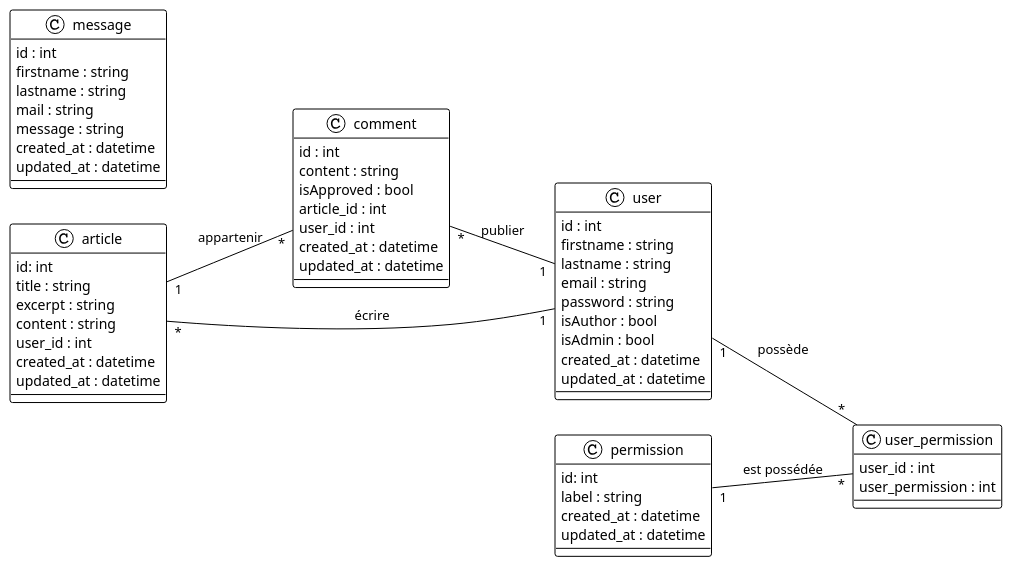
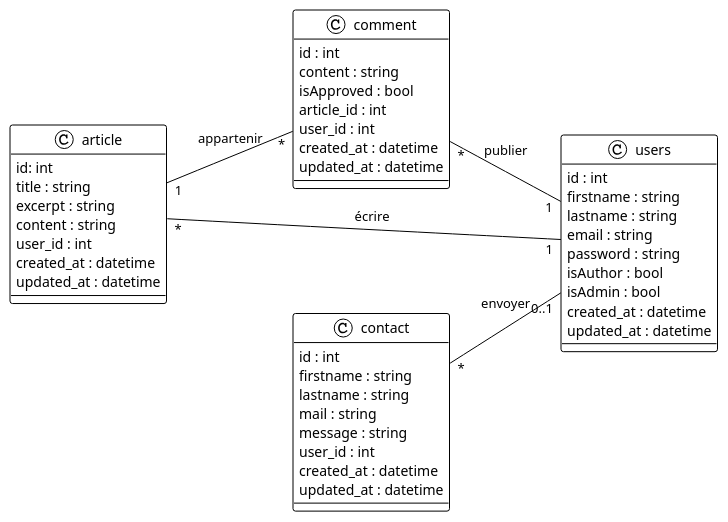
The diagram in docs/DataModel/data-model.puml (davy-beauzil/p5-blog-php), drawn with PlantUML before and after one commit. The commit also changed 1 other file, not shown here.

```diff
--- a/docs/DataModel/data-model.puml
+++ b/docs/DataModel/data-model.puml
@@ -1,66 +1,54 @@
 @startuml
 
 !theme plain
 left to right direction
 
 class article {
     id: int
     title : string
     excerpt : string
     content : string
     user_id : int
     created_at : datetime
     updated_at : datetime
 }
 
 class comment {
     id : int
     content : string
     isApproved : bool
     article_id : int
     user_id : int
     created_at : datetime
     updated_at : datetime
 }
 
-class user {
+class users {
     id : int
     firstname : string
     lastname : string
     email : string
     password : string
     isAuthor : bool
     isAdmin : bool
     created_at : datetime
     updated_at : datetime
 }
 
-class permission {
-    id: int
-    label : string
-    created_at : datetime
-    updated_at : datetime
-}
-
-class user_permission {
-    user_id : int
-    user_permission : int
-}
-
-class message {
+class contact {
     id : int
     firstname : string
     lastname : string
     mail : string
     message : string
+    user_id : int
     created_at : datetime
     updated_at : datetime
 }
 
-article "*" -- "1" user : écrire
-comment "*" -- "1" user : publier
-permission "1" -- "*" user_permission : est possédée
-user "1" -- "*" user_permission : possède
+contact "*" -- "0..1" users : envoyer
+article "*" -- "1" users : écrire
+comment "*" -- "1" users : publier
 article "1" -- "*" comment : appartenir
 
 @enduml
```
